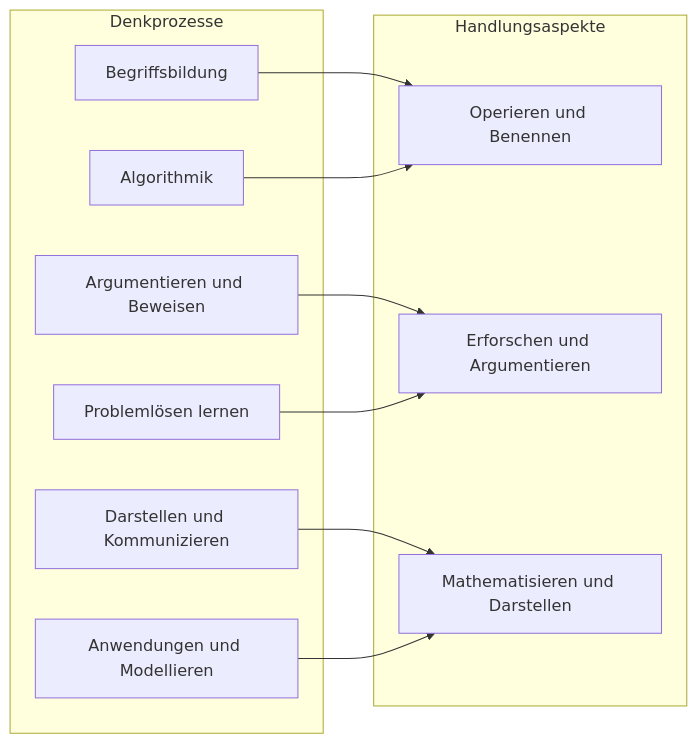
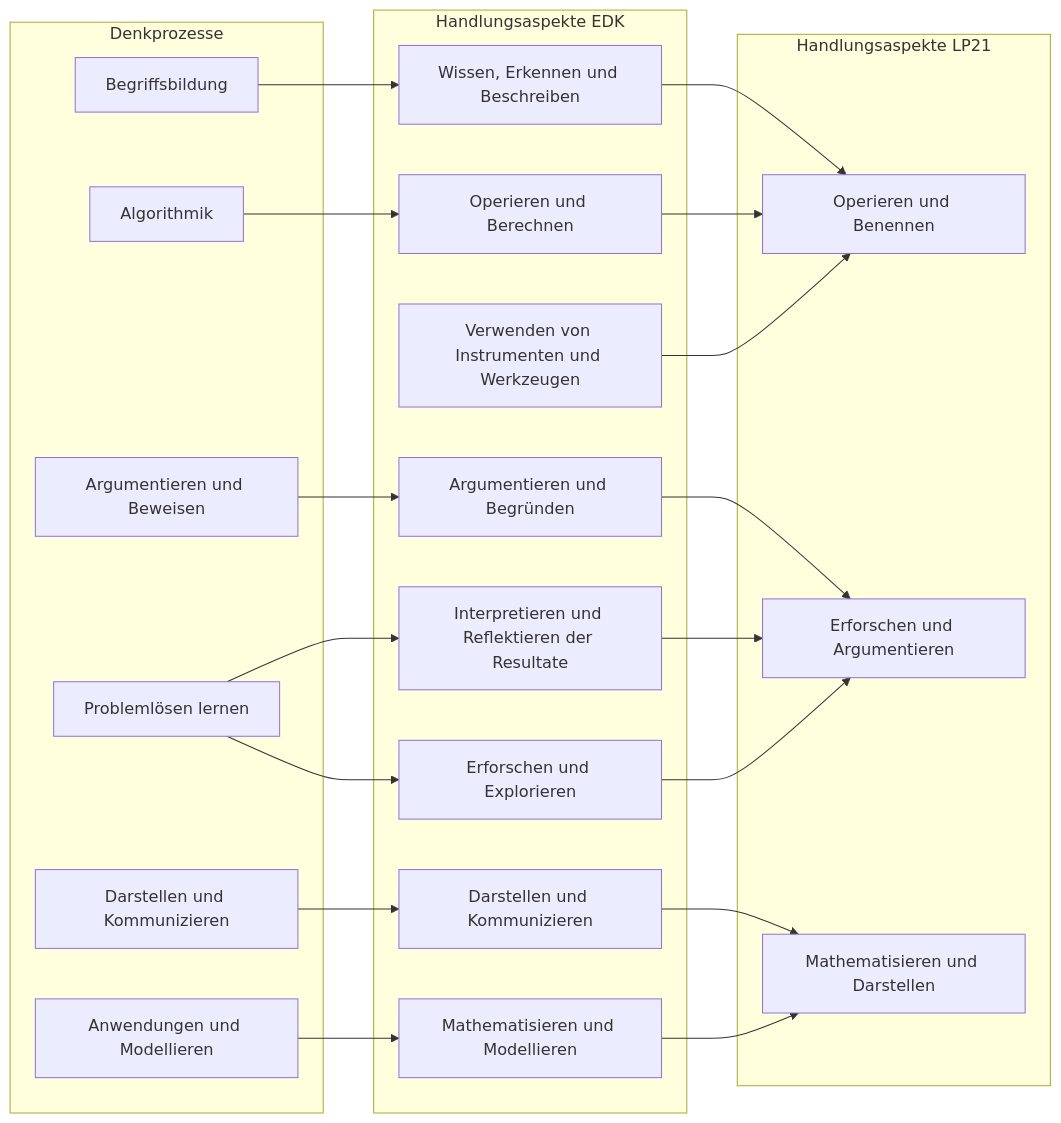
One commit to PHBern-RConrardy/lerngelegenheiten changed the second of 2 diagrams in math_summative_praes/woche_03.qmd. Above: the diagram before and after it, drawn with Mermaid. The commit also changed other lines of this file and 16 other files, not shown here.

````diff
--- a/math_summative_praes/woche_03.qmd
+++ b/math_summative_praes/woche_03.qmd
@@ -137,35 +137,57 @@
 ```{mermaid}
 graph LR;
 b1[Begriffsbildung];
 b2[Problemlösen lernen];
 b3[Algorithmik];
 b4[Argumentieren und Beweisen];
 b5[Anwendungen und Modellieren];
 b6[Darstellen und Kommunizieren];
 
 h1[Operieren und Benennen];
 h2[Erforschen und Argumentieren];
 h3[Mathematisieren und Darstellen];
 
-b1-->h1;
-b6-->h3;
-b4-->h2;
-b3-->h1;
-b2-->h2;
-b5-->h3;
+edk1[Wissen, Erkennen und Beschreiben];
+edk2[Operieren und Berechnen];
+edk3[Verwenden von Instrumenten und Werkzeugen];
+edk4[Darstellen und Kommunizieren];
+edk5[Mathematisieren und Modellieren];
+edk6[Argumentieren und Begründen];
+edk7[Interpretieren und Reflektieren der Resultate];
+edk8[Erforschen und Explorieren];
+
+b1-->edk1-->h1;
+b6-->edk4-->h3;
+b4-->edk6-->h2;
+b3-->edk2-->h1;
+b2-->edk7-->h2;
+b5-->edk5-->h3;
+edk8-->h2;
+edk3-->h1;
+b2-->edk8;
 
 subgraph Denkprozesse
   b1;
   b2;
   b3;
   b4;
   b5;
   b6;
 end
-subgraph Handlungsaspekte
+subgraph Handlungsaspekte EDK
+  edk1;
+  edk2;
+  edk3;
+  edk4;
+  edk5;
+  edk6;
+  edk7;
+  edk8;
+end
+subgraph Handlungsaspekte LP21
   h1;
   h2;
   h3;
 end
 
 ```
````
